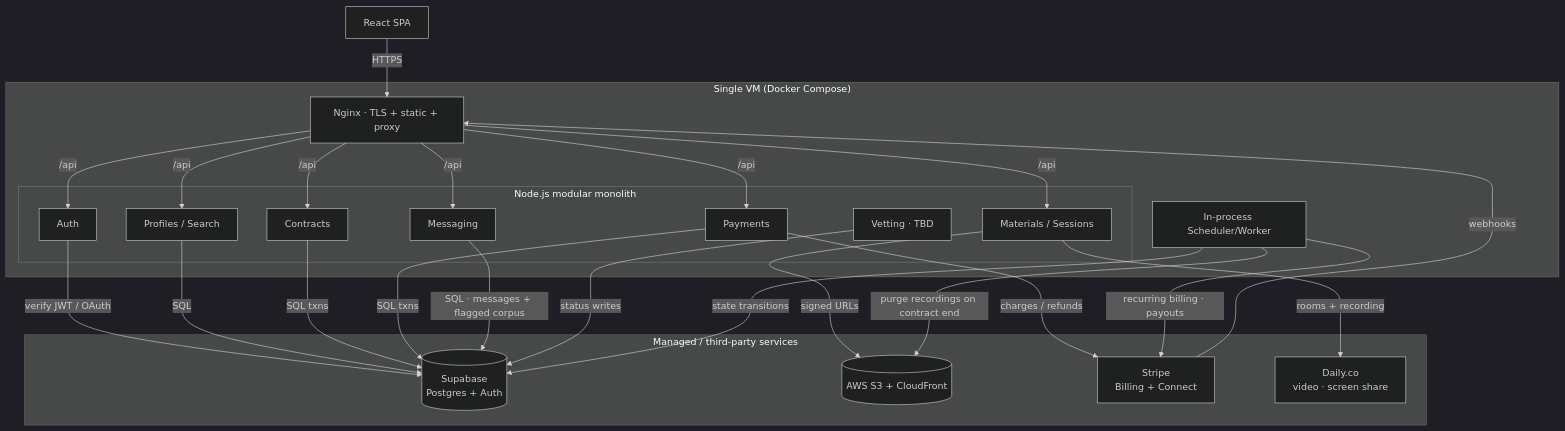
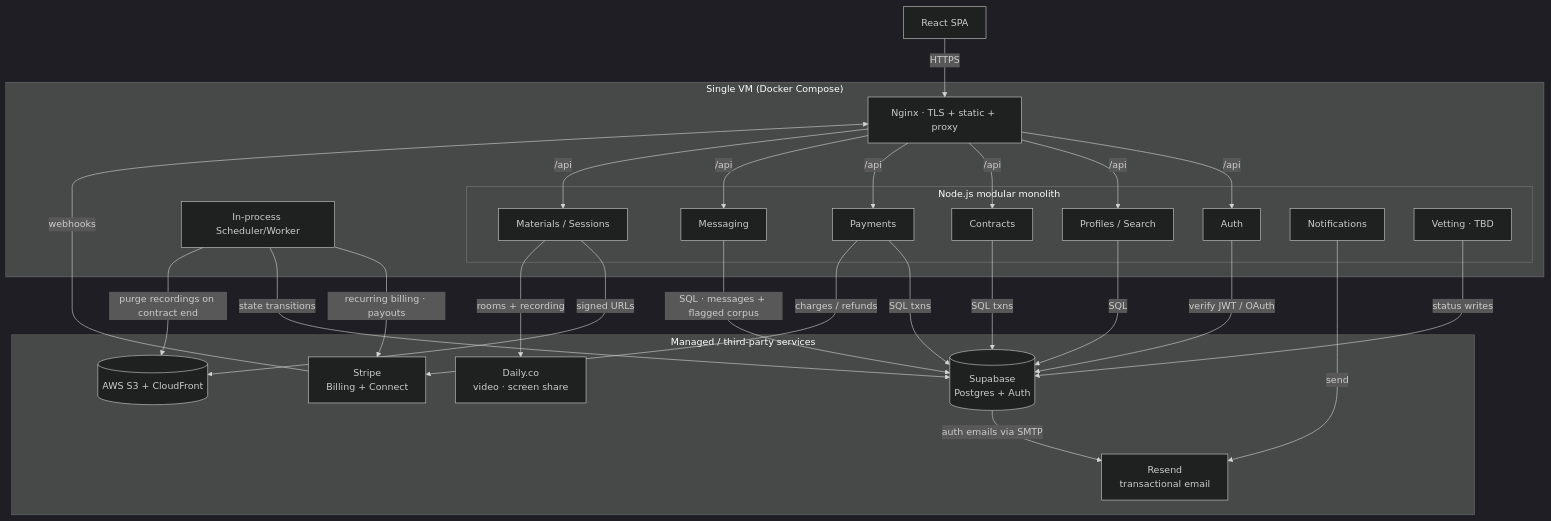
One commit to Vishnu373/nisbah-learning changed the first of 3 diagrams in nisbah-learning-design-doc.md. Above: the diagram before and after it, drawn with Mermaid (dark theme). The commit also changed other lines of this file and 2 other files, not shown here.

````diff
--- a/nisbah-learning-design-doc.md
+++ b/nisbah-learning-design-doc.md
@@ -41,43 +42,47 @@
 ```mermaid
 graph TD
     Browser[React SPA]
 
     subgraph VM["Single VM (Docker Compose)"]
         Nginx[Nginx · TLS + static + proxy]
         subgraph App["Node.js modular monolith"]
             Auth[Auth]
             Profiles[Profiles / Search]
             Contracts[Contracts]
             Payments[Payments]
             Messaging[Messaging]
             Media[Materials / Sessions]
+            Notifications[Notifications]
             Vetting[Vetting · TBD]
         end
         Worker[In-process Scheduler/Worker]
     end
 
     subgraph Ext["Managed / third-party services"]
         Supabase[(Supabase<br/>Postgres + Auth)]
         ObjStore[(AWS S3 + CloudFront)]
         Stripe[Stripe<br/>Billing + Connect]
         Video[Daily.co<br/>video · screen share]
+        Email[Resend<br/>transactional email]
     end
 
     Browser -->|HTTPS| Nginx
     Nginx -->|/api| Auth & Profiles & Contracts & Payments & Messaging & Media
     Stripe -->|webhooks| Nginx
 
     Auth -->|verify JWT / OAuth| Supabase
     Profiles -->|SQL| Supabase
     Contracts -->|SQL txns| Supabase
     Payments -->|SQL txns| Supabase
     Payments -->|charges / refunds| Stripe
     Messaging -->|SQL · messages + flagged corpus| Supabase
     Media -->|signed URLs| ObjStore
     Media -->|rooms + recording| Video
     Vetting -->|status writes| Supabase
 
     Worker -->|recurring billing · payouts| Stripe
     Worker -->|state transitions| Supabase
     Worker -->|purge recordings on contract end| ObjStore
+    Notifications -->|send| Email
+    Supabase -->|auth emails via SMTP| Email
 ```
````
